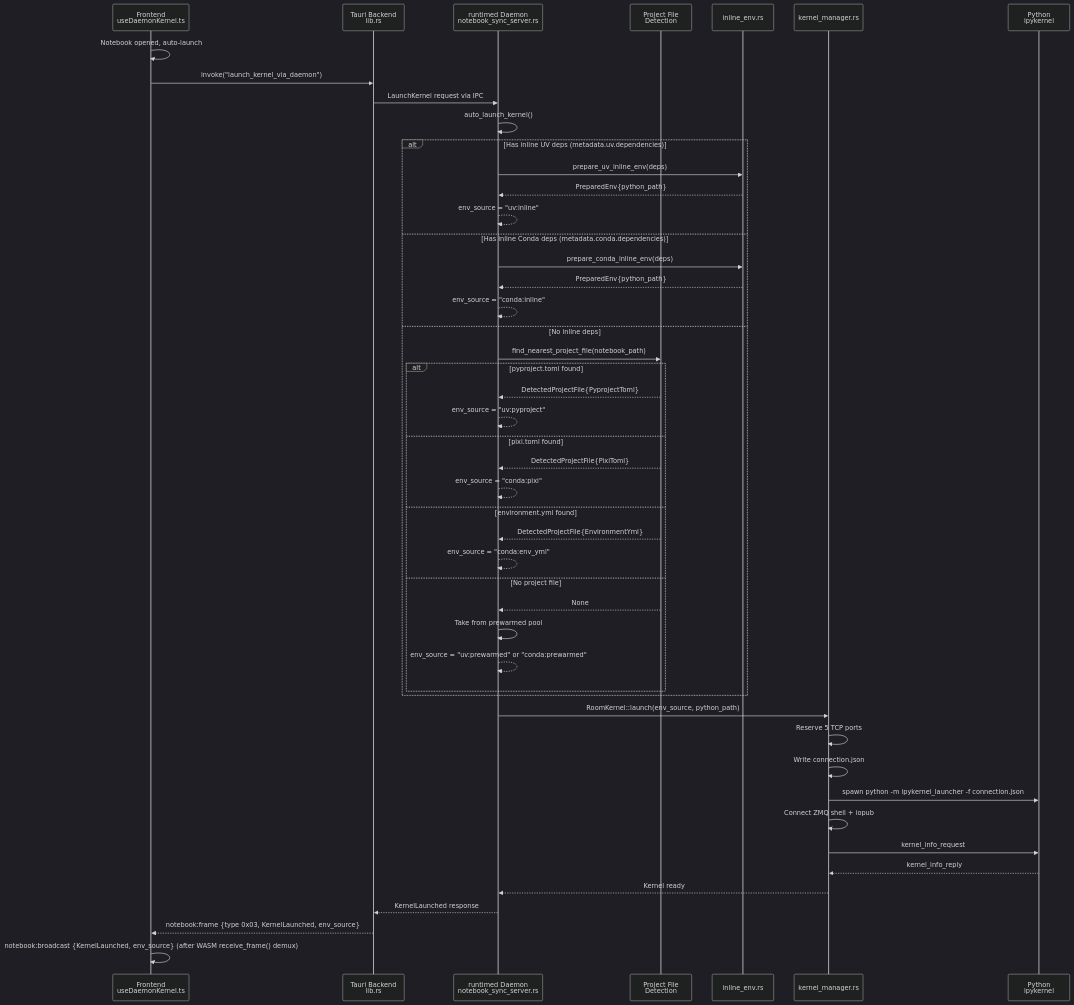
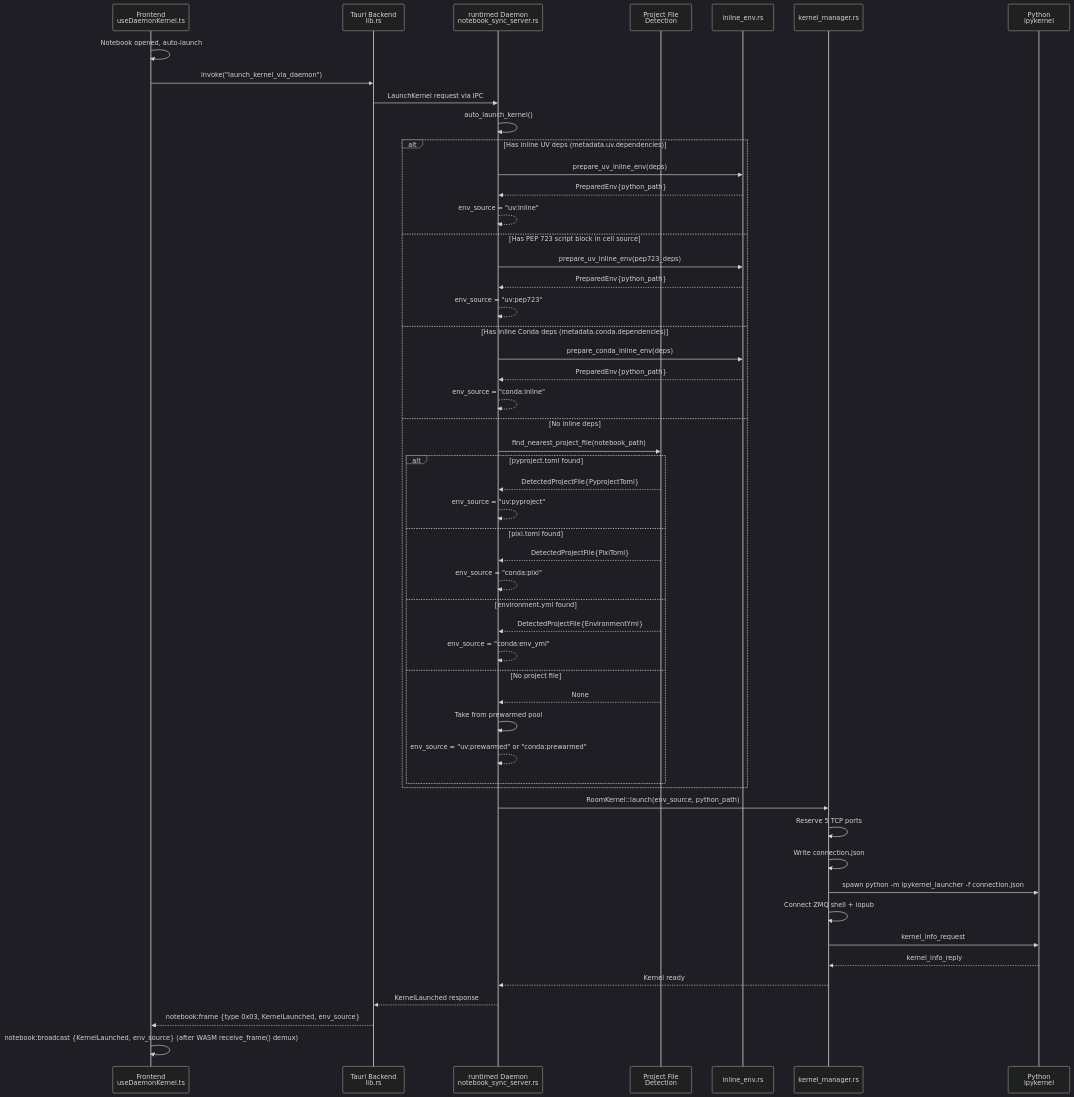
One commit to nteract/desktop changed the second of 3 diagrams in contributing/environments.md. Above: the diagram before and after it, drawn with Mermaid (dark theme). The commit also changed other lines of this file and 26 other files, not shown here.

````diff
--- a/contributing/environments.md
+++ b/contributing/environments.md
@@ -161,55 +162,59 @@
 ```mermaid
 sequenceDiagram
     participant FE as Frontend<br/>useDaemonKernel.ts
     participant TC as Tauri Backend<br/>lib.rs
     participant DM as runtimed Daemon<br/>notebook_sync_server.rs
     participant PF as Project File<br/>Detection
     participant IE as inline_env.rs
     participant KM as kernel_manager.rs
     participant PY as Python<br/>ipykernel
 
     FE->>FE: Notebook opened, auto-launch
     FE->>TC: invoke("launch_kernel_via_daemon")
     TC->>DM: LaunchKernel request via IPC
 
     DM->>DM: auto_launch_kernel()
 
     alt Has inline UV deps (metadata.uv.dependencies)
         DM->>IE: prepare_uv_inline_env(deps)
         IE-->>DM: PreparedEnv{python_path}
         DM-->>DM: env_source = "uv:inline"
+    else Has PEP 723 script block in cell source
+        DM->>IE: prepare_uv_inline_env(pep723_deps)
+        IE-->>DM: PreparedEnv{python_path}
+        DM-->>DM: env_source = "uv:pep723"
     else Has inline Conda deps (metadata.conda.dependencies)
         DM->>IE: prepare_conda_inline_env(deps)
         IE-->>DM: PreparedEnv{python_path}
         DM-->>DM: env_source = "conda:inline"
     else No inline deps
         DM->>PF: find_nearest_project_file(notebook_path)
         alt pyproject.toml found
             PF-->>DM: DetectedProjectFile{PyprojectToml}
             DM-->>DM: env_source = "uv:pyproject"
         else pixi.toml found
             PF-->>DM: DetectedProjectFile{PixiToml}
             DM-->>DM: env_source = "conda:pixi"
         else environment.yml found
             PF-->>DM: DetectedProjectFile{EnvironmentYml}
             DM-->>DM: env_source = "conda:env_yml"
         else No project file
             PF-->>DM: None
             DM->>DM: Take from prewarmed pool
             DM-->>DM: env_source = "uv:prewarmed" or "conda:prewarmed"
         end
     end
 
     DM->>KM: RoomKernel::launch(env_source, python_path)
     KM->>KM: Reserve 5 TCP ports
     KM->>KM: Write connection.json
     KM->>PY: spawn python -m ipykernel_launcher -f connection.json
     KM->>KM: Connect ZMQ shell + iopub
     KM->>PY: kernel_info_request
     PY-->>KM: kernel_info_reply
     KM-->>DM: Kernel ready
 
     DM-->>TC: KernelLaunched response
     TC-->>FE: notebook:frame {type 0x03, KernelLaunched, env_source}
     FE->>FE: notebook:broadcast {KernelLaunched, env_source} (after WASM receive_frame() demux)
 ```
````
